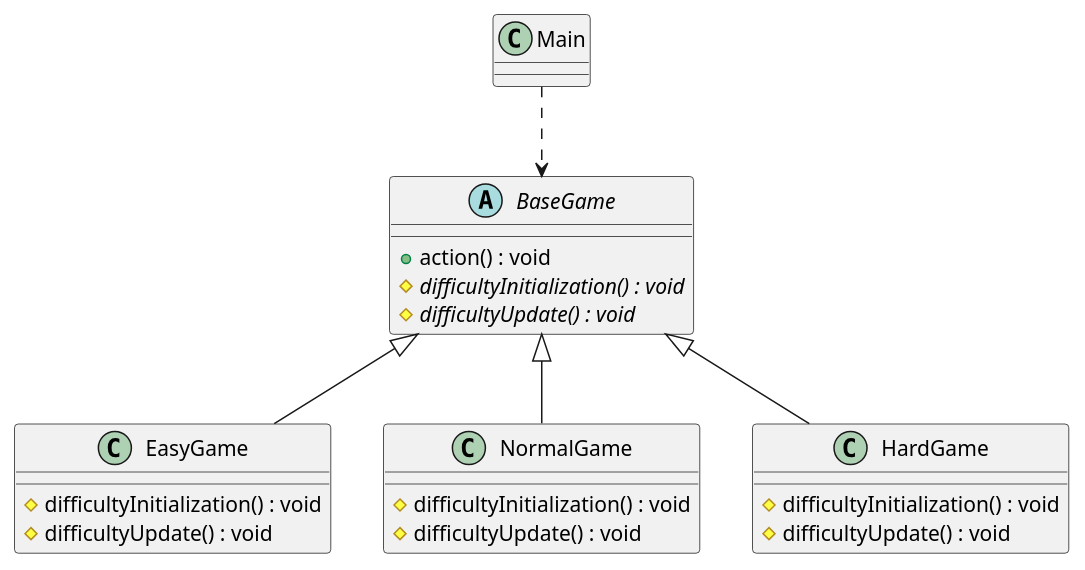
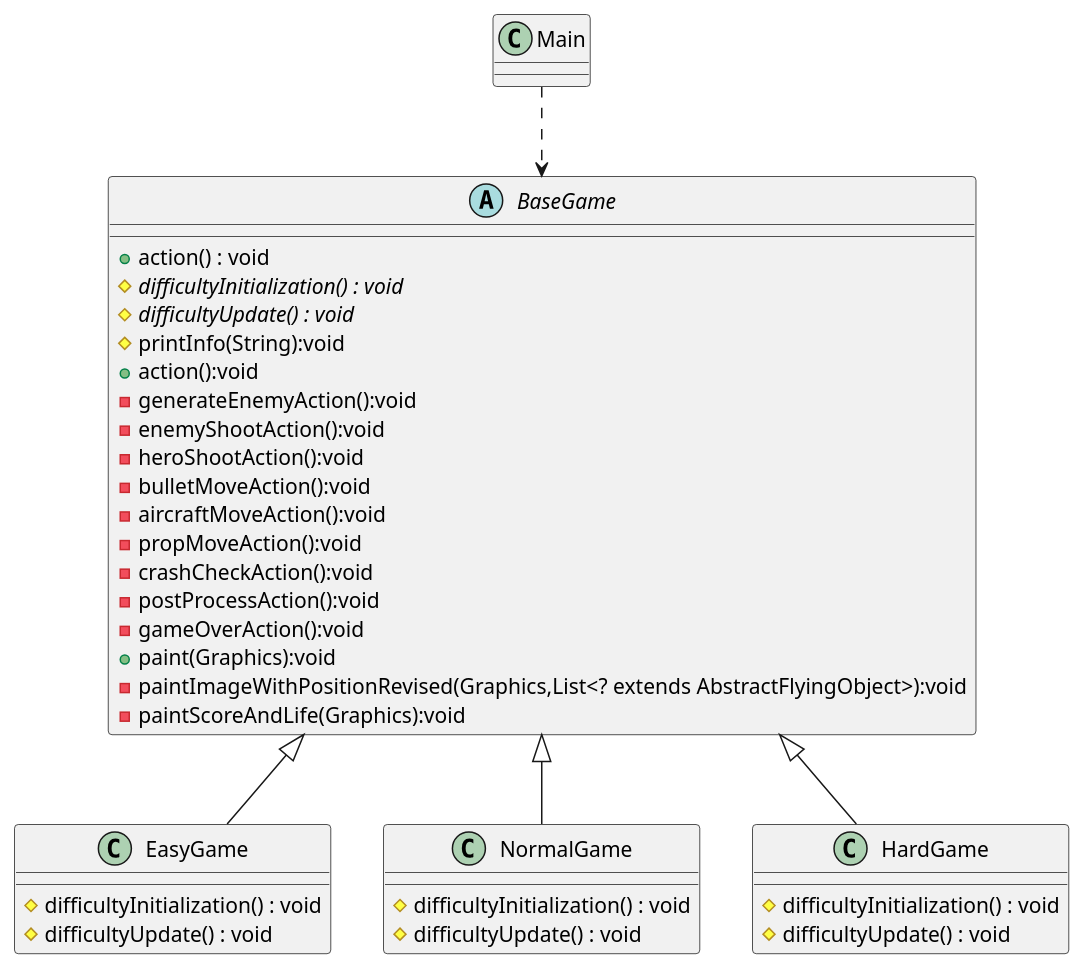
Before and after one commit to linkfqy/AircraftWar: the diagram in uml/TemplatePattern.puml, drawn with PlantUML. The commit also changed 7 other files, not shown here.

Commit message:
更新了UML类图

```diff
--- a/uml/TemplatePattern.puml
+++ b/uml/TemplatePattern.puml
@@ -1,25 +1,39 @@
 @startuml
 
 abstract class BaseGame{
     + action() : void
     # {abstract} difficultyInitialization() : void
     # {abstract} difficultyUpdate() : void
+    # printInfo(String):void
+    + action():void
+    - generateEnemyAction():void
+    - enemyShootAction():void
+    - heroShootAction():void
+    - bulletMoveAction():void
+    - aircraftMoveAction():void
+    - propMoveAction():void
+    - crashCheckAction():void
+    - postProcessAction():void
+    - gameOverAction():void
+    + paint(Graphics):void
+    - paintImageWithPositionRevised(Graphics,List<? extends AbstractFlyingObject>):void
+    - paintScoreAndLife(Graphics):void
 }
 class EasyGame{
     # difficultyInitialization() : void
     # difficultyUpdate() : void
 }
 class NormalGame{
     # difficultyInitialization() : void
     # difficultyUpdate() : void
 }
 class HardGame{
     # difficultyInitialization() : void
     # difficultyUpdate() : void
 }
 BaseGame <|-- EasyGame
 BaseGame <|-- NormalGame
 BaseGame <|-- HardGame
 class Main{}
 Main ..> BaseGame
 @enduml
```
